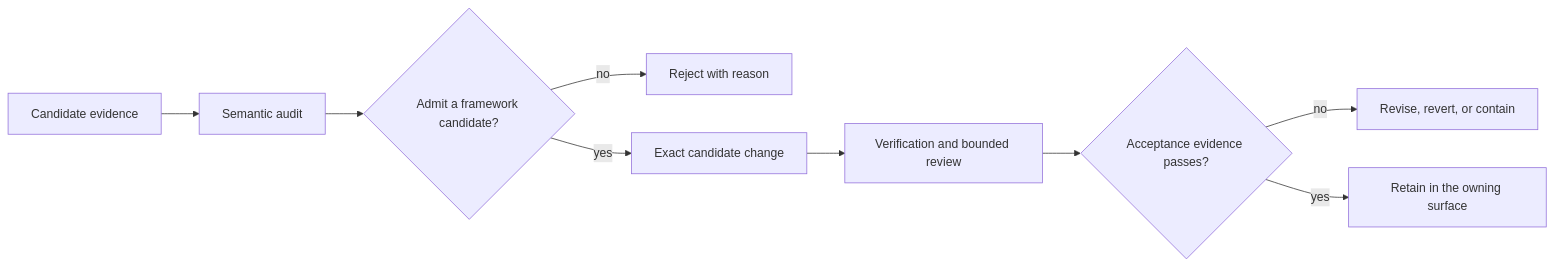
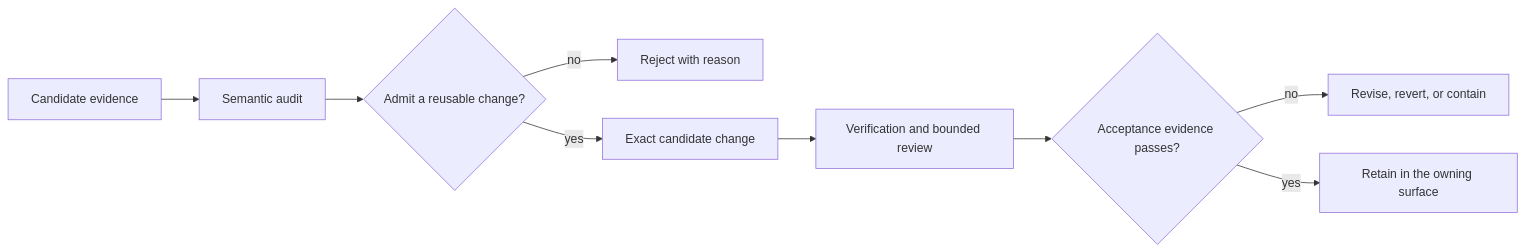
Before and after one commit to laurenzpavlosmalisianos/master-prompt-agreement: the second of 2 diagrams in README.md, drawn with Mermaid. The commit also changed other lines of this file and 1 other file, not shown here.

Commit message:
Refine README for user-first framework adoption

````diff
--- a/README.md
+++ b/README.md
@@ -255,11 +230,11 @@
 ```mermaid
 flowchart LR
   A["Candidate evidence"] --> B["Semantic audit"]
-  B --> C{"Admit a framework candidate?"}
+  B --> C{"Admit a reusable change?"}
   C -- "no" --> D["Reject with reason"]
   C -- "yes" --> E["Exact candidate change"]
   E --> F["Verification and bounded review"]
   F --> G{"Acceptance evidence passes?"}
   G -- "no" --> H["Revise, revert, or contain"]
   G -- "yes" --> I["Retain in the owning surface"]
 ```
````
